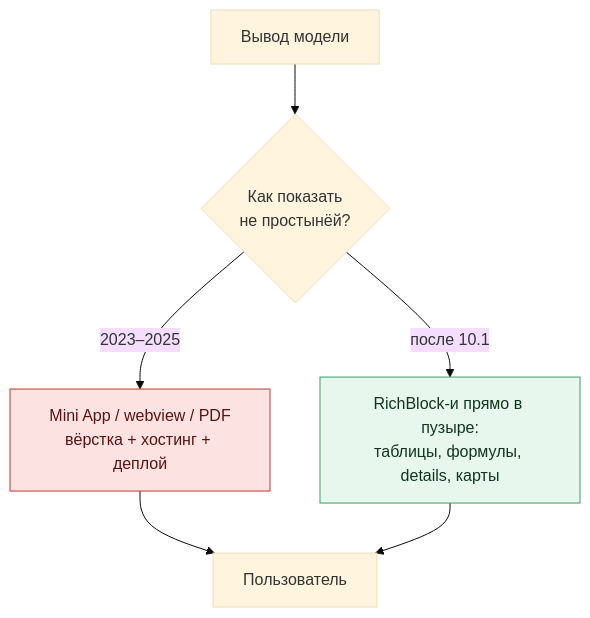
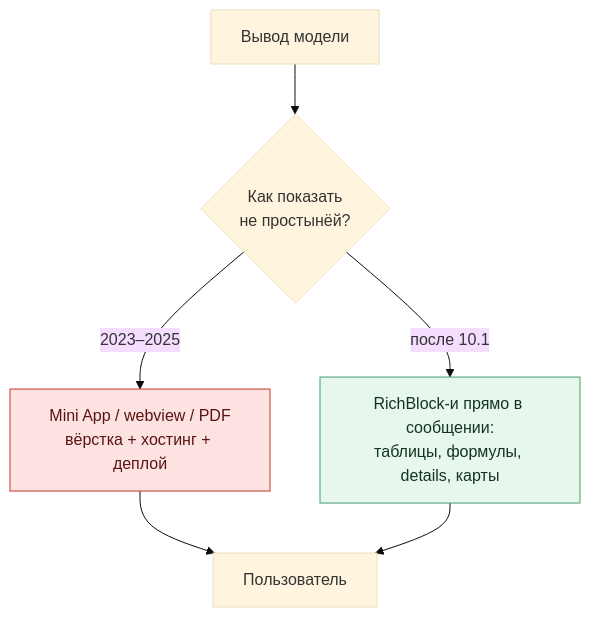
Before and after one commit to AVVlasov/deslop-community: the second of 2 diagrams in articles/telegram-rich-messages.md, drawn with Mermaid (base theme). The commit also changed other lines of this file, not shown here.

Commit message:
Update Telegram Rich Messages article to reflect changes in Bot API 10.1, including adjustments to chat bubbles and message formatting. Clarified sections on RichBlock functionality and removed outdated references to Mini Apps and webviews.

````diff
--- a/articles/telegram-rich-messages.md
+++ b/articles/telegram-rich-messages.md
@@ -64,12 +64,12 @@
 ```mermaid
 flowchart TD
     M["Вывод модели"] --> Q{"Как показать<br/>не простынёй?"}
     Q -->|"2023–2025"| W["Mini App / webview / PDF<br/>вёрстка + хостинг + деплой"]
-    Q -->|"после 10.1"| R["RichBlock-и прямо в пузыре:<br/>таблицы, формулы, details, карты"]
+    Q -->|"после 10.1"| R["RichBlock-и прямо в сообщении:<br/>таблицы, формулы, details, карты"]
     W --> U["Пользователь"]
     R --> U
     classDef dead fill:#fde2e2,stroke:#c0392b,color:#5a1414
     classDef live fill:#e7f7ee,stroke:#3f9d6b,color:#13351f
     class W dead
     class R live
 ```
````
